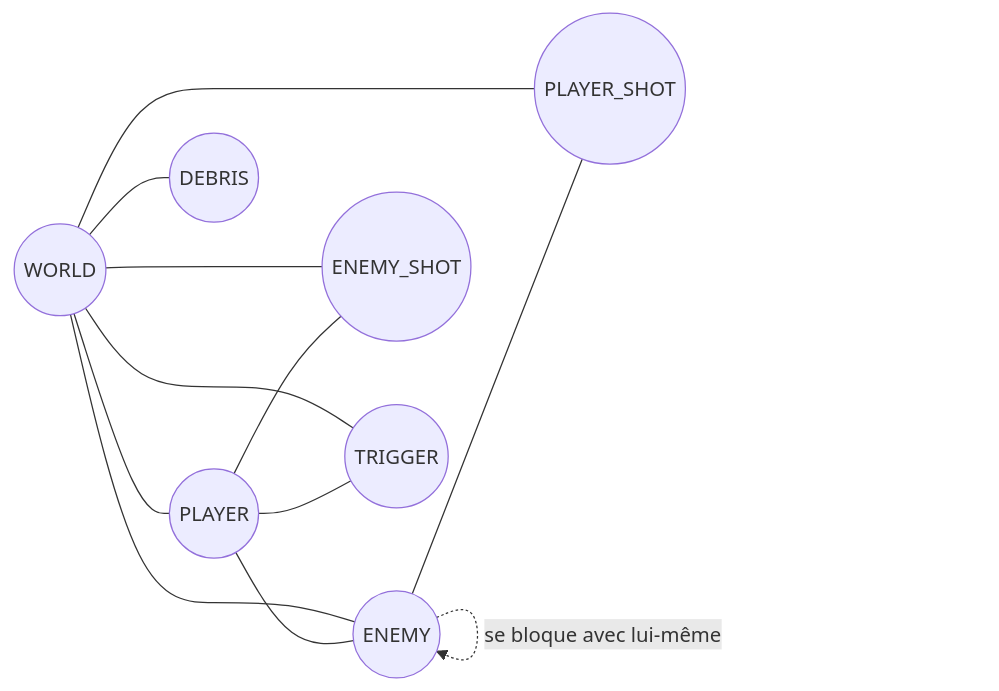
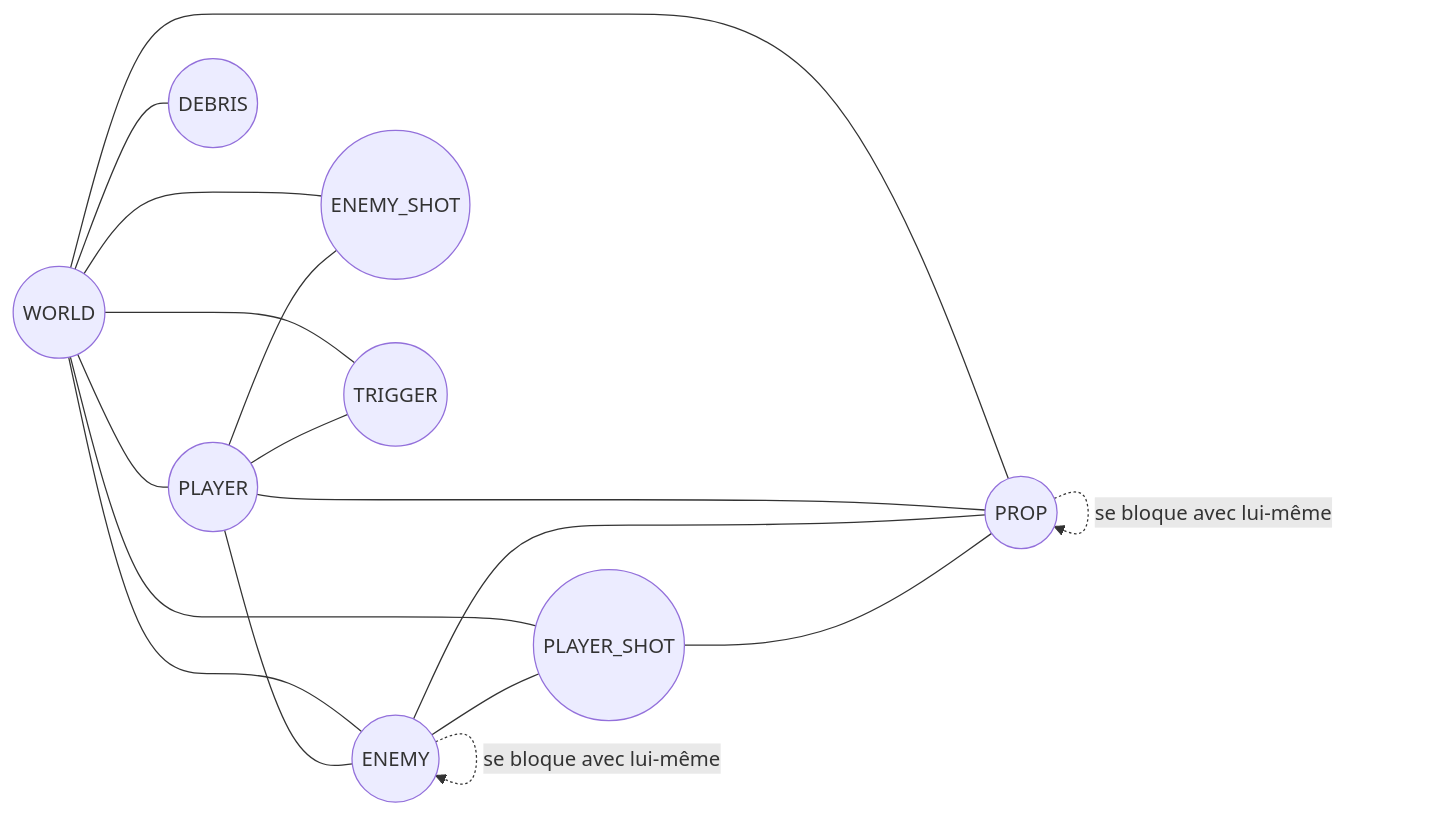
One commit to benjiGir/projet-cassandre changed the diagram in docs/systems/physique.md. Above: the diagram before and after it, drawn with Mermaid. The commit also changed other lines of this file and 107 other files, not shown here.

````diff
--- a/docs/systems/physique.md
+++ b/docs/systems/physique.md
@@ -38,22 +38,28 @@
 ```mermaid
 graph LR
     WORLD((WORLD))
     PLAYER((PLAYER))
     ENEMY((ENEMY))
     PLAYER_SHOT((PLAYER_SHOT))
     ENEMY_SHOT((ENEMY_SHOT))
     DEBRIS((DEBRIS))
     TRIGGER((TRIGGER))
+    PROP((PROP))
 
     WORLD --- PLAYER
     WORLD --- ENEMY
     WORLD --- PLAYER_SHOT
     WORLD --- ENEMY_SHOT
     WORLD --- DEBRIS
     WORLD --- TRIGGER
     PLAYER --- ENEMY
     PLAYER --- ENEMY_SHOT
     PLAYER --- TRIGGER
     ENEMY --- PLAYER_SHOT
+    WORLD --- PROP
+    PLAYER --- PROP
+    ENEMY --- PROP
+    PLAYER_SHOT --- PROP
     ENEMY -.se bloque avec lui-même.-> ENEMY
+    PROP -.se bloque avec lui-même.-> PROP
 ```
````
